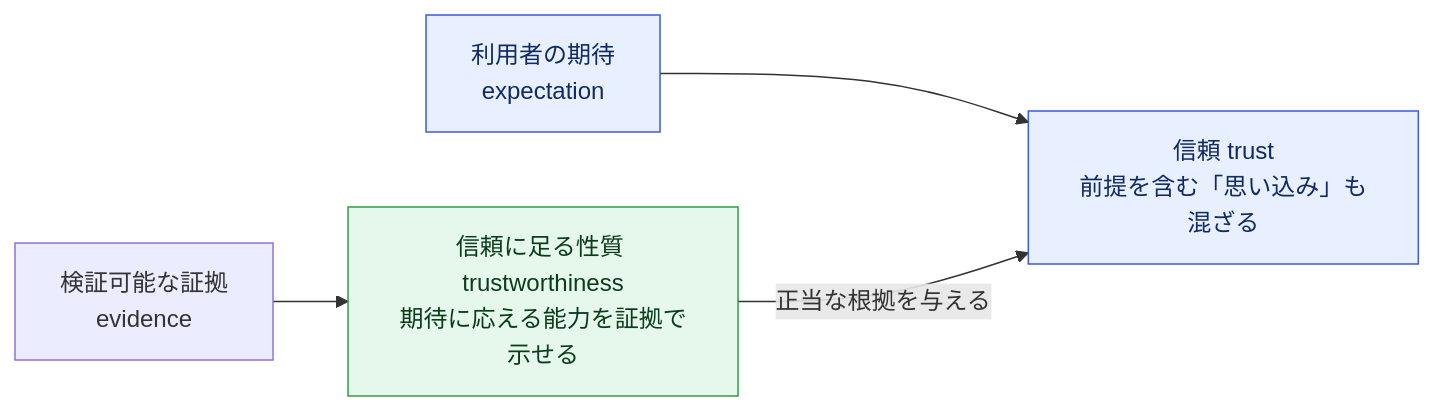
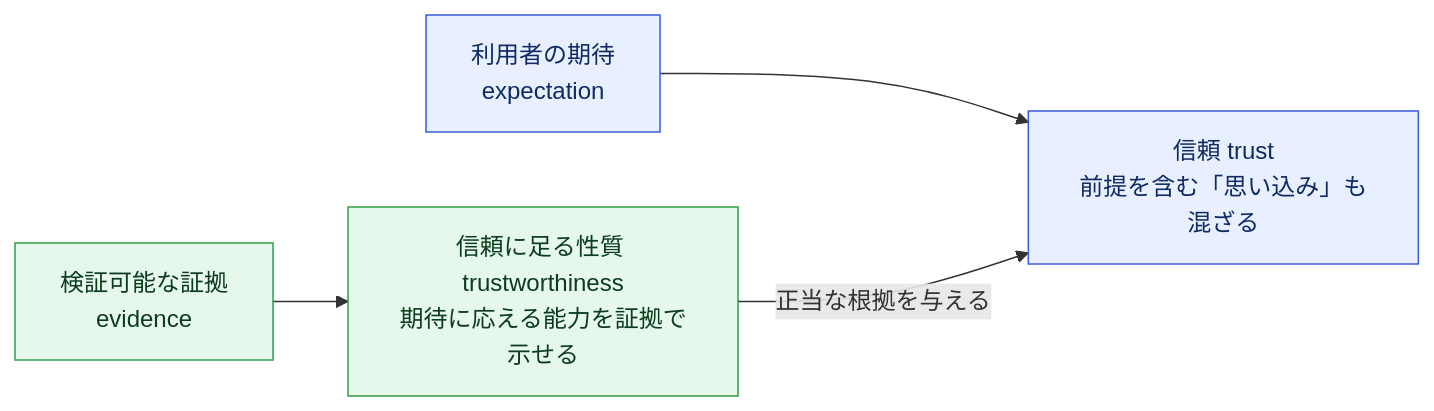
The second of 11 diagrams in Iso-iec-ts-30149-2024-guide.md (myoshi2891/Quality-Assurance-Studies), drawn with Mermaid before and after one commit. The commit also changed other lines of this file and 5 other files, not shown here.

````diff
--- a/Iso-iec-ts-30149-2024-guide.md
+++ b/Iso-iec-ts-30149-2024-guide.md
@@ -129,10 +129,10 @@
 ```mermaid
 flowchart LR
     E1["利用者の期待<br/>expectation"] --> T1["信頼 trust<br/>前提を含む「思い込み」も混ざる"]
     TV1["検証可能な証拠<br/>evidence"] --> W1["信頼に足る性質 trustworthiness<br/>期待に応える能力を証拠で示せる"]
     W1 -->|"正当な根拠を与える"| T1
     classDef a fill:#e8f0ff,stroke:#3b5bdb,color:#102a63
     classDef b fill:#e6f7ec,stroke:#2f9e44,color:#0b3d1c
     class E1,T1 a
-    class V1,W1 b
+    class TV1,W1 b
 ```
````
